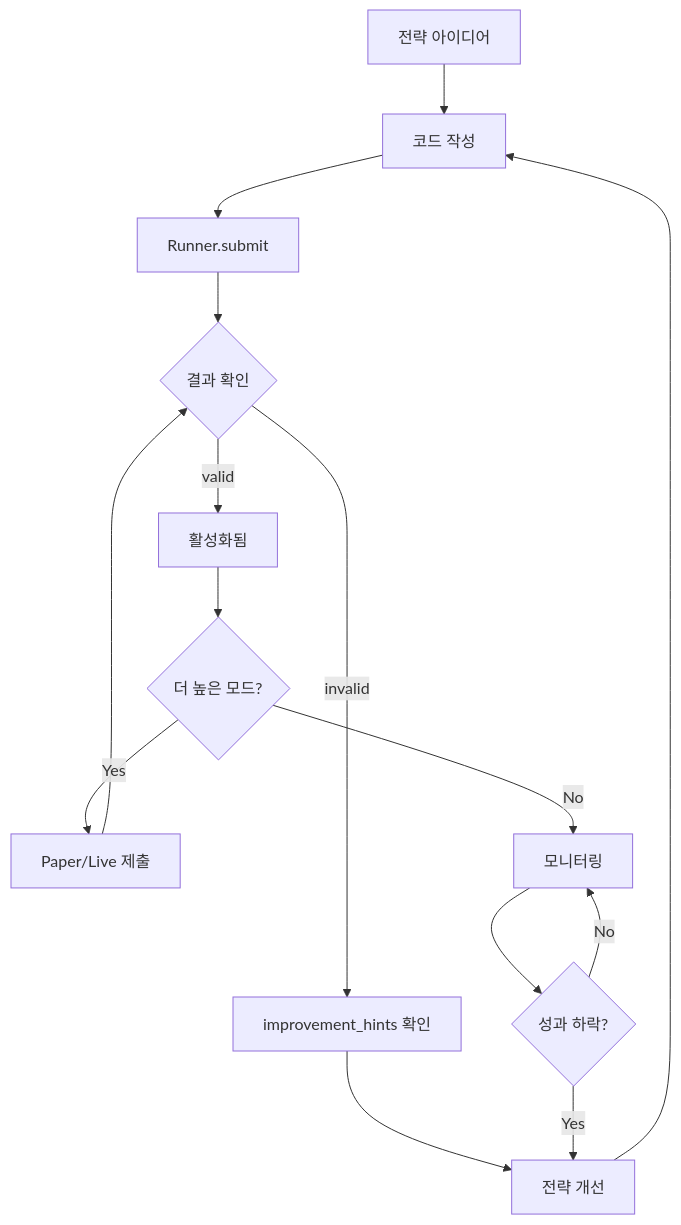
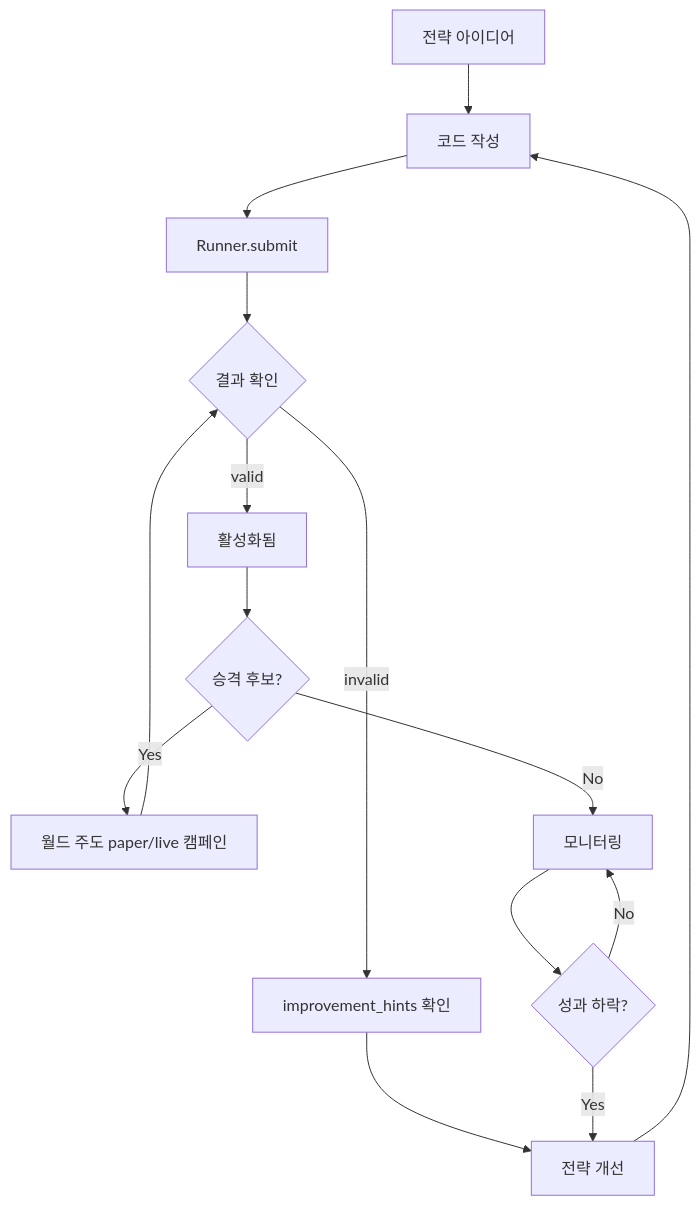
The diagram in docs/ko/getting-started/workflow.md (hyophyop/qmtl), drawn with Mermaid before and after one commit. The commit also changed other lines of this file and 68 other files, not shown here.

````diff
--- a/docs/ko/getting-started/workflow.md
+++ b/docs/ko/getting-started/workflow.md
@@ -198,22 +197,22 @@
 ```mermaid
 flowchart TD
     A[전략 아이디어] --> B[코드 작성]
     B --> C[Runner.submit]
     C --> D{결과 확인}
     
     D -->|valid| E[활성화됨]
     D -->|invalid| F[improvement_hints 확인]
     
-    E --> G{더 높은 모드?}
-    G -->|Yes| H[Paper/Live 제출]
+    E --> G{승격 후보?}
+    G -->|Yes| H[월드 주도 paper/live 캠페인]
     G -->|No| I[모니터링]
     
     H --> D
     
     F --> J[전략 개선]
     J --> B
     
     I --> K{성과 하락?}
     K -->|Yes| J
     K -->|No| I
 ```
````
